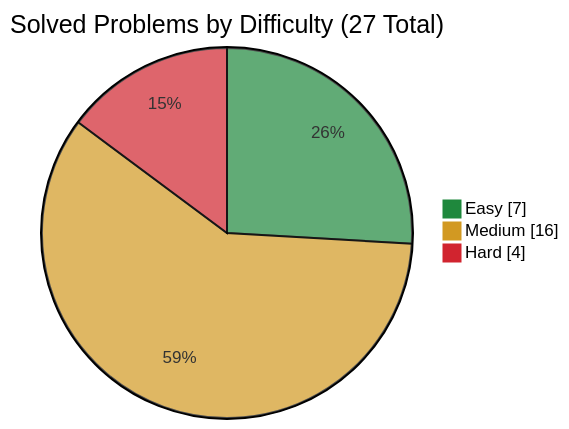
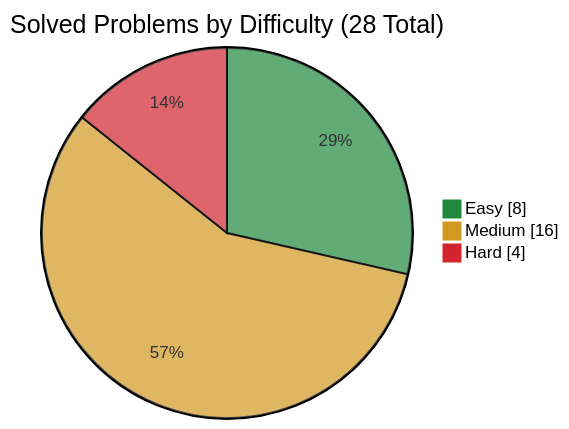
One commit to simonesiega/leetcode-solutions changed the first of 2 diagrams in README.md. Above: the diagram before and after it, drawn with Mermaid. The commit also changed other lines of this file and 3 other files, not shown here.

````diff
--- a/README.md
+++ b/README.md
@@ -60,8 +60,8 @@
 ```mermaid
 %%{init: {"themeVariables": {"pie1": "#1f883d", "pie2": "#d29922", "pie3": "#d1242f"}}}%%
 pie showData
-    title Solved Problems by Difficulty (27 Total)
-    "Easy" : 7
+    title Solved Problems by Difficulty (28 Total)
+    "Easy" : 8
     "Medium" : 16
     "Hard" : 4
 ```
````
